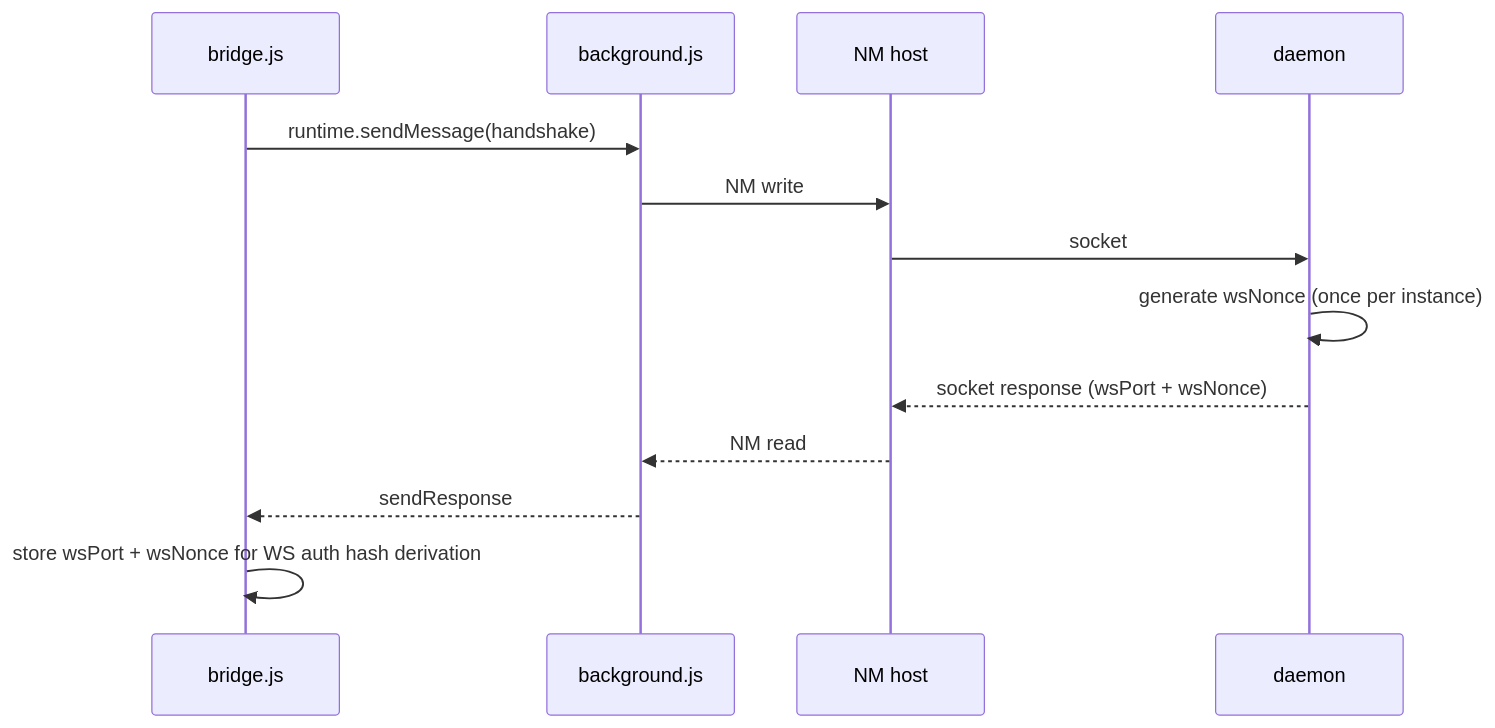
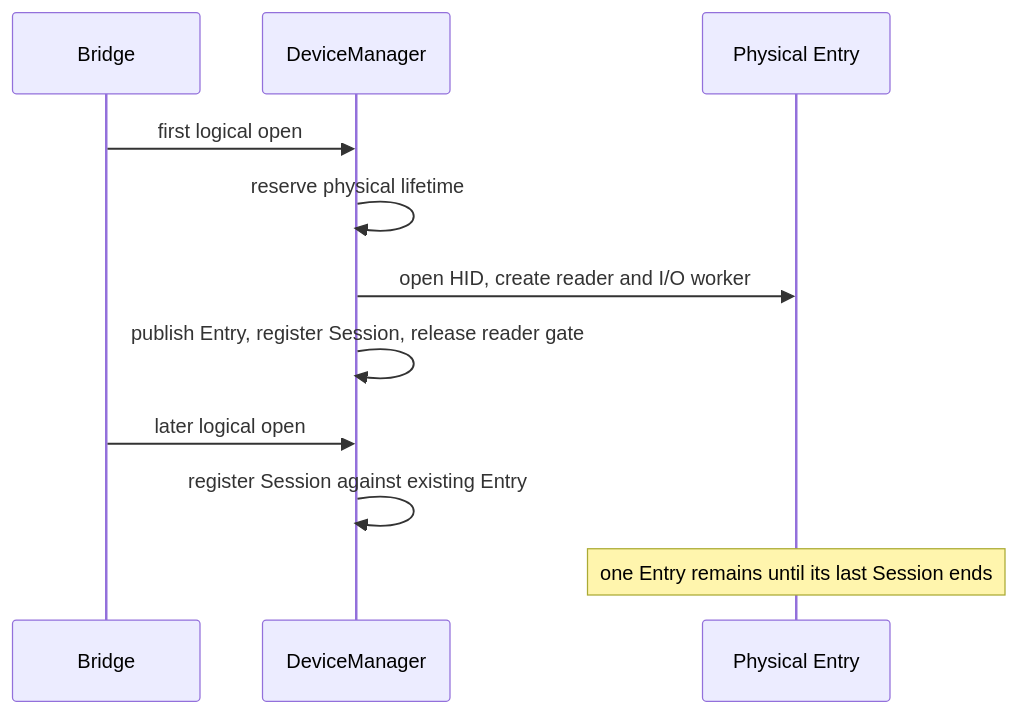
The sixth of 6 diagrams in docs/ARCHITECTURE.md (K4zoku/FF-WebHID), drawn with Mermaid before and after one commit. The commit also changed other lines of this file and 4 other files, not shown here.

````diff
--- a/docs/ARCHITECTURE.md
+++ b/docs/ARCHITECTURE.md
@@ -431,16 +302,14 @@
 ```mermaid
 sequenceDiagram
-    participant B as bridge.js
-    participant G as background.js
-    participant N as NM host
-    participant D as daemon
+    participant B as Bridge
+    participant D as DeviceManager
+    participant E as Physical Entry
 
-    B->>G: runtime.sendMessage(handshake)
-    G->>N: NM write
-    N->>D: socket
-    D->>D: generate wsNonce (once per instance)
-    D-->>N: socket response (wsPort + wsNonce)
-    N-->>G: NM read
-    G-->>B: sendResponse
-    B->>B: store wsPort + wsNonce for WS auth hash derivation
+    B->>D: first logical open
+    D->>D: reserve physical lifetime
+    D->>E: open HID, create reader and I/O worker
+    D->>D: publish Entry, register Session, release reader gate
+    B->>D: later logical open
+    D->>D: register Session against existing Entry
+    Note over E: one Entry remains until its last Session ends
 ```
````
